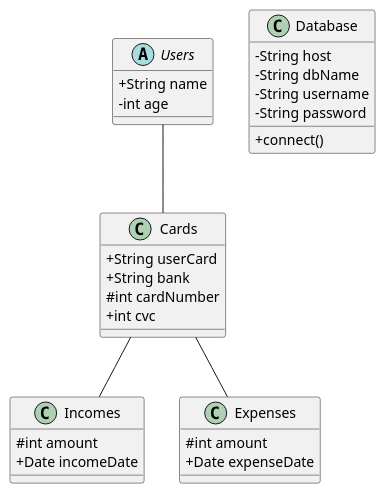
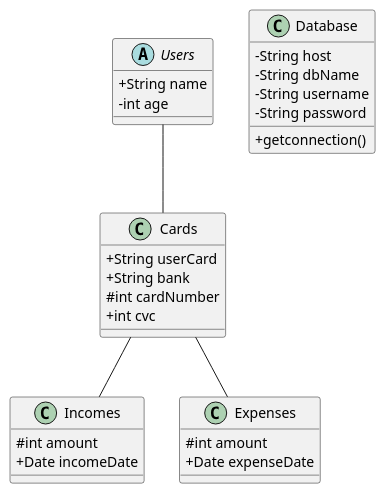
One commit to abderrahim-ghmouch/Smart-wallet-v2 changed the diagram in diagrammes/classediagramme.puml. Above: the diagram before and after it, drawn with PlantUML.

Commit message:
update class diagramme

```diff
--- a/diagrammes/classediagramme.puml
+++ b/diagrammes/classediagramme.puml
@@ -1,40 +1,40 @@
 @startuml Smart_wallet
 
 
 skinparam classAttributeIconSize 0
 
 abstract class Users {
     +String name
     -int age
 }
 
 class Cards {
     +String userCard
     +String bank
     #int cardNumber
     +int cvc
 }
 
 class Incomes {
     #int amount
     +Date incomeDate
 }
 
 class Expenses {
     #int amount
     +Date expenseDate
 }
 
 class Database {
     -String host
     -String dbName
     -String username
     -String password
-    +connect()
+    +getconnection()
 }
 
 Users -- Cards
 Cards -- Incomes
 Cards -- Expenses
 
 @enduml
```
